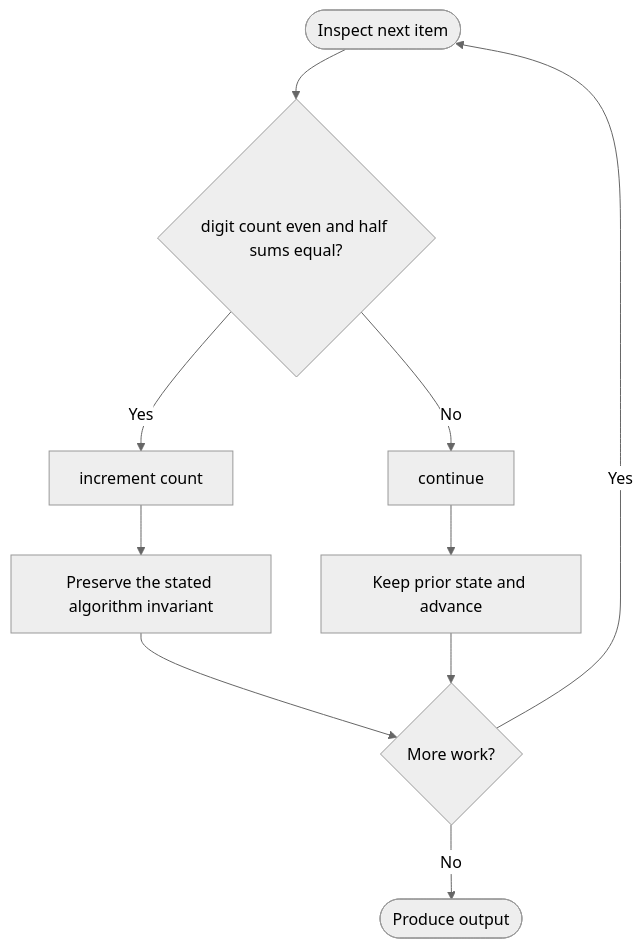
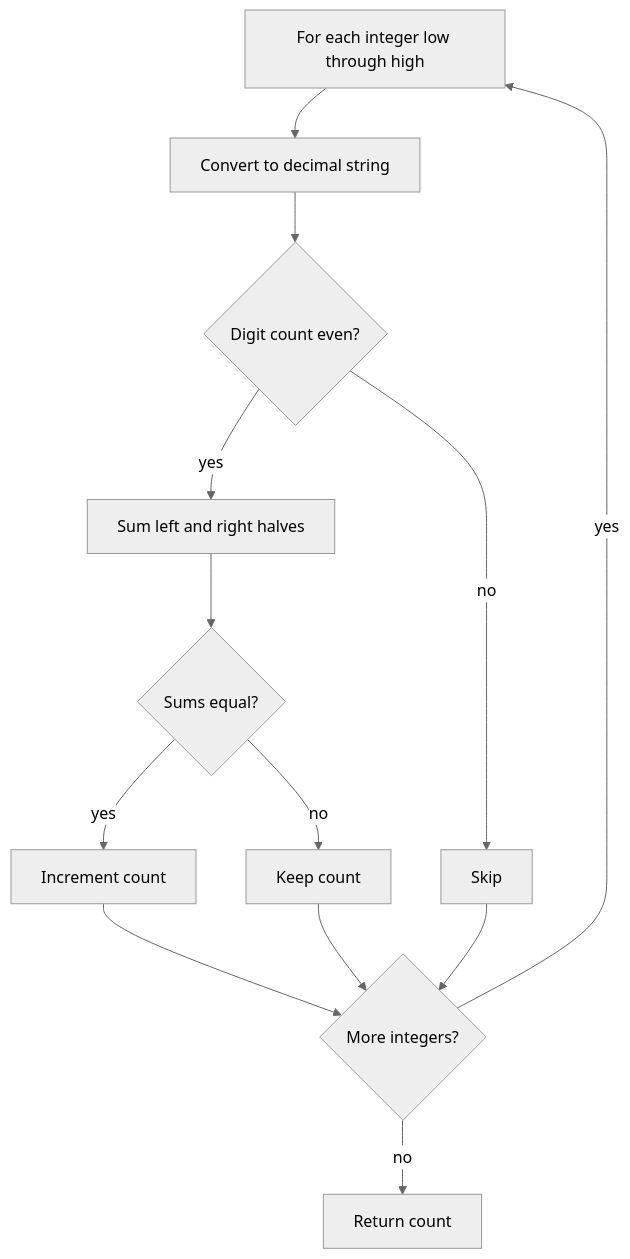
The diagram in LeetCode/2843/README.md (SAIDEEPBHANGE/C-CPP-Codes), drawn with Mermaid (neutral theme) before and after one commit. The commit also changed other lines of this file and 196 other files, not shown here.

````diff
--- a/LeetCode/2843/README.md
+++ b/LeetCode/2843/README.md
@@ -28,12 +42,15 @@
 ```mermaid
 flowchart TD
-    A([Inspect next item]) --> B{digit count even and half sums equal?}
-    B -- Yes --> C[increment count]
-    B -- No --> D[continue]
-    C --> E[Preserve the stated algorithm invariant]
-    D --> F[Keep prior state and advance]
-    E --> G{More work?}
-    F --> G
-    G -- Yes --> A
-    G -- No --> H([Produce output])
+    A[For each integer low through high] --> B[Convert to decimal string]
+    B --> C{Digit count even?}
+    C -->|no| D[Skip]
+    C -->|yes| E[Sum left and right halves]
+    E --> F{Sums equal?}
+    F -->|yes| G[Increment count]
+    F -->|no| H[Keep count]
+    G --> I{More integers?}
+    H --> I
+    D --> I
+    I -->|yes| A
+    I -->|no| J[Return count]
 ```
````
